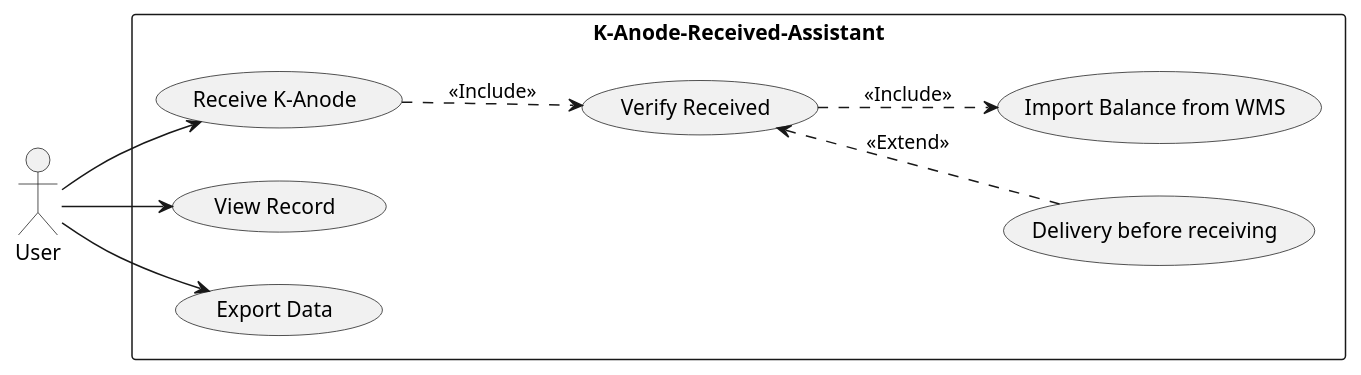
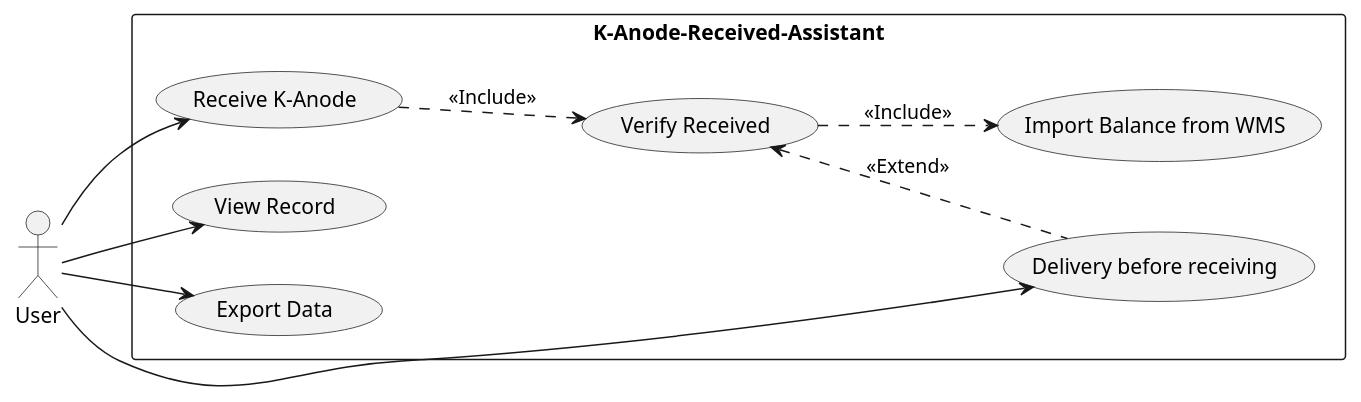
One commit to Shinodari/K-Anode-Received-Assistant-Design changed the diagram in UML/Concept.puml. Above: the diagram before and after it, drawn with PlantUML. The commit also changed 1 other file, not shown here.

Commit message:
usecase:feat user to delivery

```diff
--- a/UML/Concept.puml
+++ b/UML/Concept.puml
@@ -1,20 +1,21 @@
 @startuml UseCase
 left to right direction
 rectangle K-Anode-Received-Assistant {
     usecase "Receive K-Anode" as receive
     usecase "Verify Received" as verify
     usecase "Delivery before receiving" as delivery
     usecase "View Record" as view
     usecase "Export Data" as export
     usecase "Import Balance from WMS" as import
 }
 User --> receive
 
 receive ..> verify : <<Include>>
 verify ..> import : <<Include>>
 
+User --> delivery
 verify <.. delivery : <<Extend>>
 
 User --> view
 User --> export
 @enduml
```
